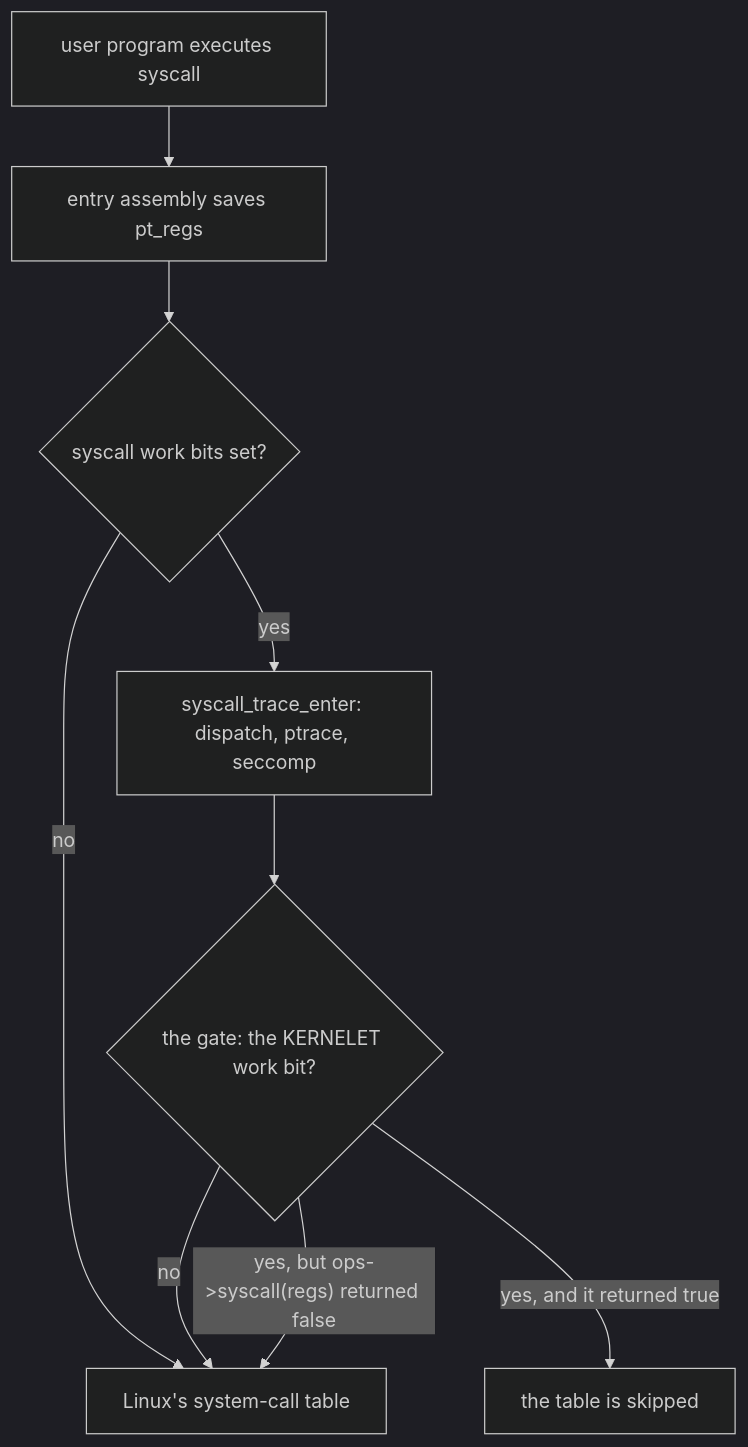
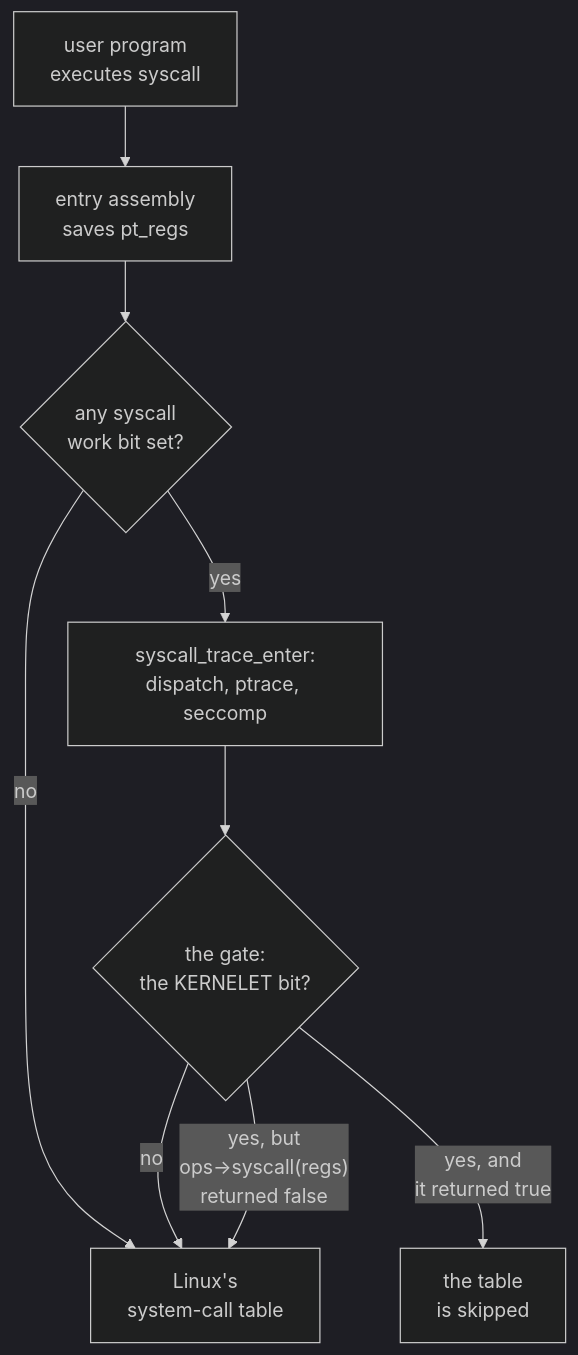
The first of 2 diagrams in src/the-gate.md (Plucky923/kernelet), drawn with Mermaid (dark theme) before and after one commit. The commit also changed other lines of this file, not shown here.

Commit message:
Chapter 4 figures: explicit line breaks so no label overflows its box
Both flowcharts of "The gate" let Mermaid wrap their long labels on its own, which broke
`ops->syscall(regs)` at the hyphen and spilled the three-line edge label and the diamond
texts past their shapes. Every multi-word label now breaks where it should with `<br/>`,
and no label is long enough for Mermaid to wrap it; the wording is unchanged except that
the first diamond reads "any syscall work bit set?" and the second "the gate: the
KERNELET bit?".

Verified: `make check` prints `check: OK`; `make build` exits 0; the page rendered in the
light and the navy theme with the tall renderer and looked at: every label sits inside
its node or edge box in both.

````diff
--- a/src/the-gate.md
+++ b/src/the-gate.md
@@ -21,11 +21,11 @@
 ```mermaid
 flowchart TB
-    u[user program executes syscall] --> e[entry assembly saves pt_regs]
-    e --> w{syscall work bits set?}
-    w -- no --> t[Linux's system-call table]
-    w -- yes --> s[syscall_trace_enter: dispatch, ptrace, seccomp]
-    s --> g{"the gate: the KERNELET work bit?"}
+    u["user program<br/>executes syscall"] --> e["entry assembly<br/>saves pt_regs"]
+    e --> w{"any syscall<br/>work bit set?"}
+    w -- no --> t["Linux's<br/>system-call table"]
+    w -- yes --> s["syscall_trace_enter:<br/>dispatch, ptrace, seccomp"]
+    s --> g{"the gate:<br/>the KERNELET bit?"}
     g -- no --> t
-    g -- "yes, but ops->syscall(regs) returned false" --> t
-    g -- "yes, and it returned true" --> x[the table is skipped]
+    g -- "yes, but<br/>ops->syscall(regs)<br/>returned false" --> t
+    g -- "yes, and<br/>it returned true" --> x["the table<br/>is skipped"]
 ```
````
